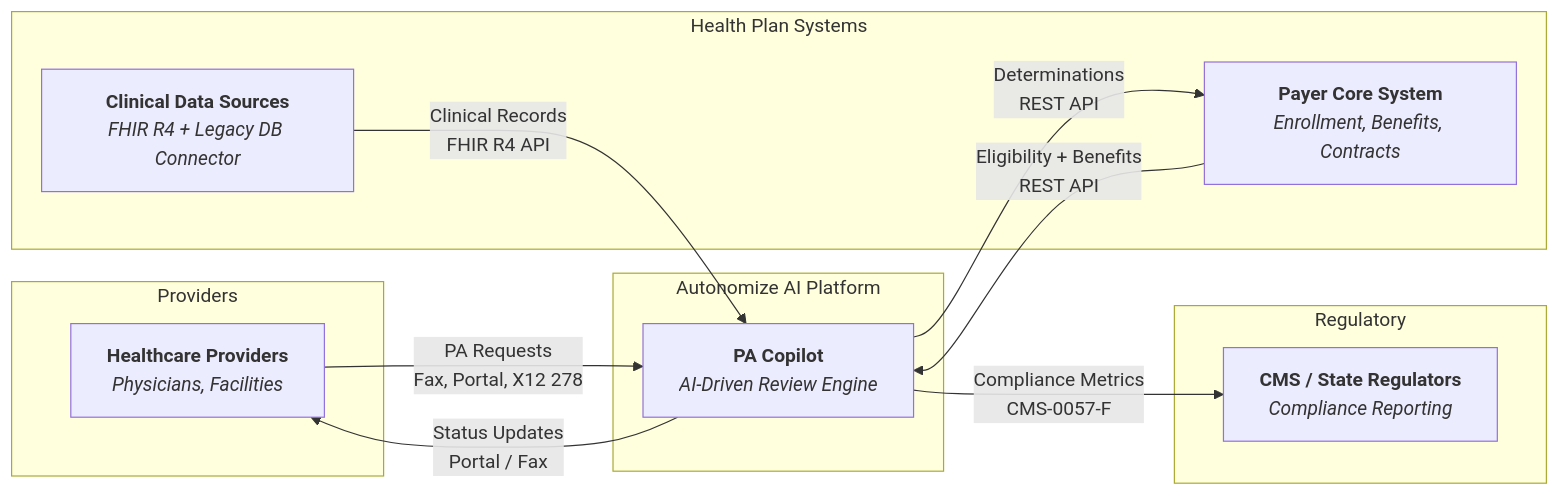
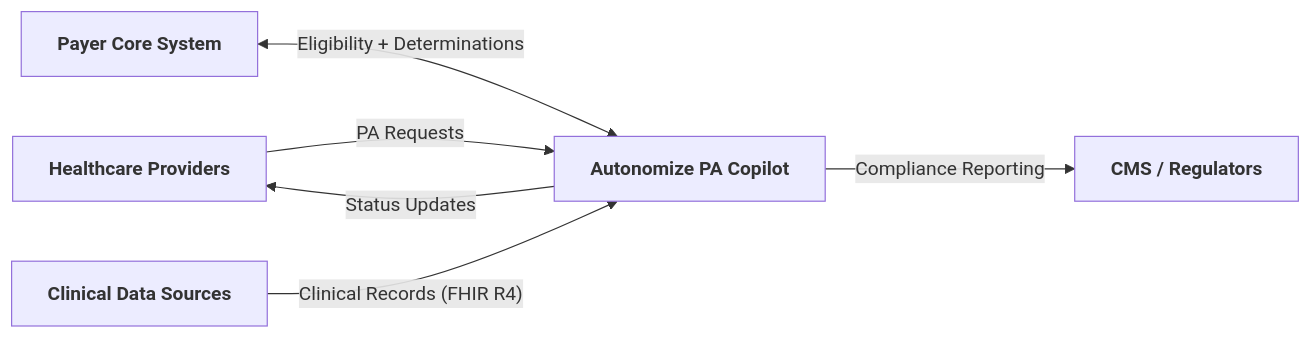
Before and after one commit to praeducer/autonomize-healthcare-ai-demo: the third of 4 diagrams in docs/presentation/presentation.md, drawn with Mermaid. The commit also changed other lines of this file and 2 other files, not shown here.

First line of the commit message:
docs: simplify system context, improve progressive delivery, clean discussion starters

````diff
--- a/docs/presentation/presentation.md
+++ b/docs/presentation/presentation.md
@@ -173,37 +173,14 @@
 ```mermaid
 flowchart LR
-    subgraph "Providers"
-        PROV["`**Healthcare Providers**
-*Physicians, Facilities*`"]
-    end
+    PROV["`**Healthcare Providers**`"]
+    CORE["`**Payer Core System**`"]
+    CLIN["`**Clinical Data Sources**`"]
+    PA_COPILOT["`**Autonomize PA Copilot**`"]
+    CMS["`**CMS / Regulators**`"]
 
-    subgraph "Health Plan Systems"
-        CORE["`**Payer Core System**
-*Enrollment, Benefits, Contracts*`"]
-        CLIN["`**Clinical Data Sources**
-*FHIR R4 + Legacy DB Connector*`"]
-    end
-
-    subgraph "Autonomize AI Platform"
-        PA_COPILOT["`**PA Copilot**
-*AI-Driven Review Engine*`"]
-    end
-
-    subgraph "Regulatory"
-        CMS["`**CMS / State Regulators**
-*Compliance Reporting*`"]
-    end
-
-    PROV -->|"PA Requests
-Fax, Portal, X12 278"| PA_COPILOT
-    CORE -->|"Eligibility + Benefits
-REST API"| PA_COPILOT
-    CLIN -->|"Clinical Records
-FHIR R4 API"| PA_COPILOT
-    PA_COPILOT -->|"Determinations
-REST API"| CORE
-    PA_COPILOT -->|"Compliance Metrics
-CMS-0057-F"| CMS
-    PA_COPILOT -->|"Status Updates
-Portal / Fax"| PROV
+    PROV -->|"PA Requests"| PA_COPILOT
+    CORE <-->|"Eligibility + Determinations"| PA_COPILOT
+    CLIN -->|"Clinical Records (FHIR R4)"| PA_COPILOT
+    PA_COPILOT -->|"Status Updates"| PROV
+    PA_COPILOT -->|"Compliance Reporting"| CMS
 ```
````
